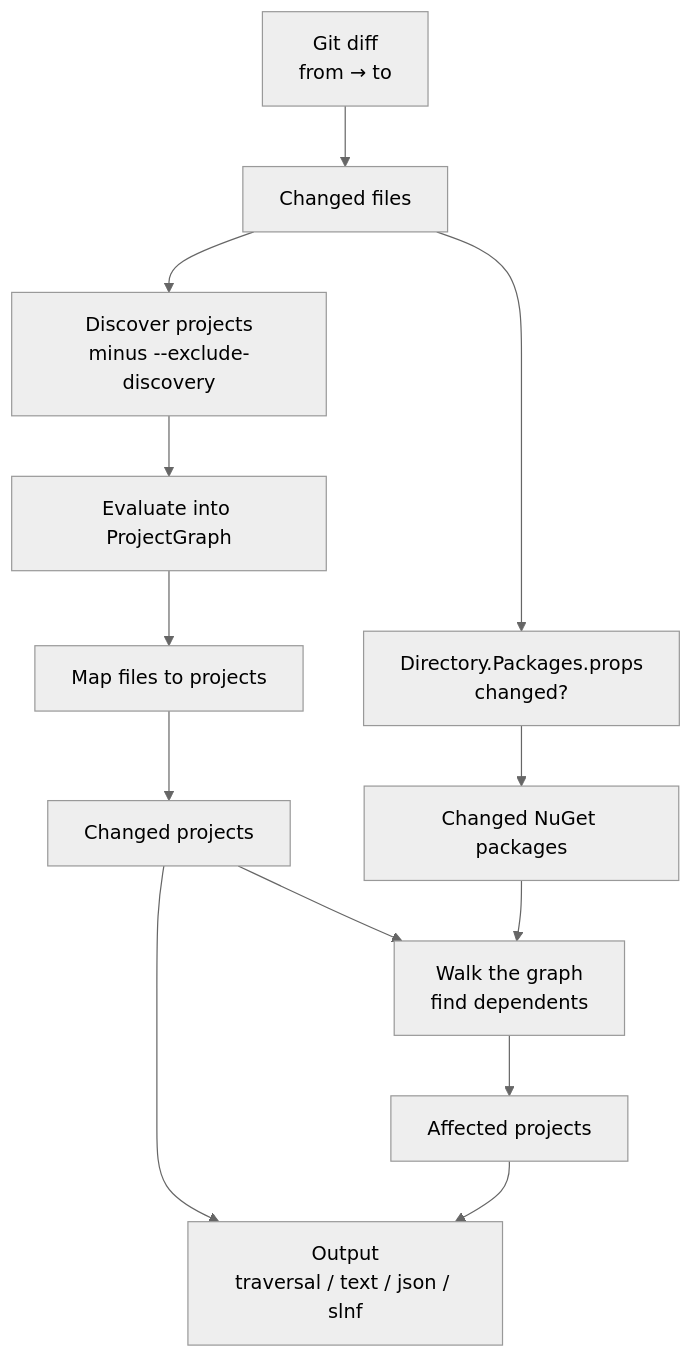
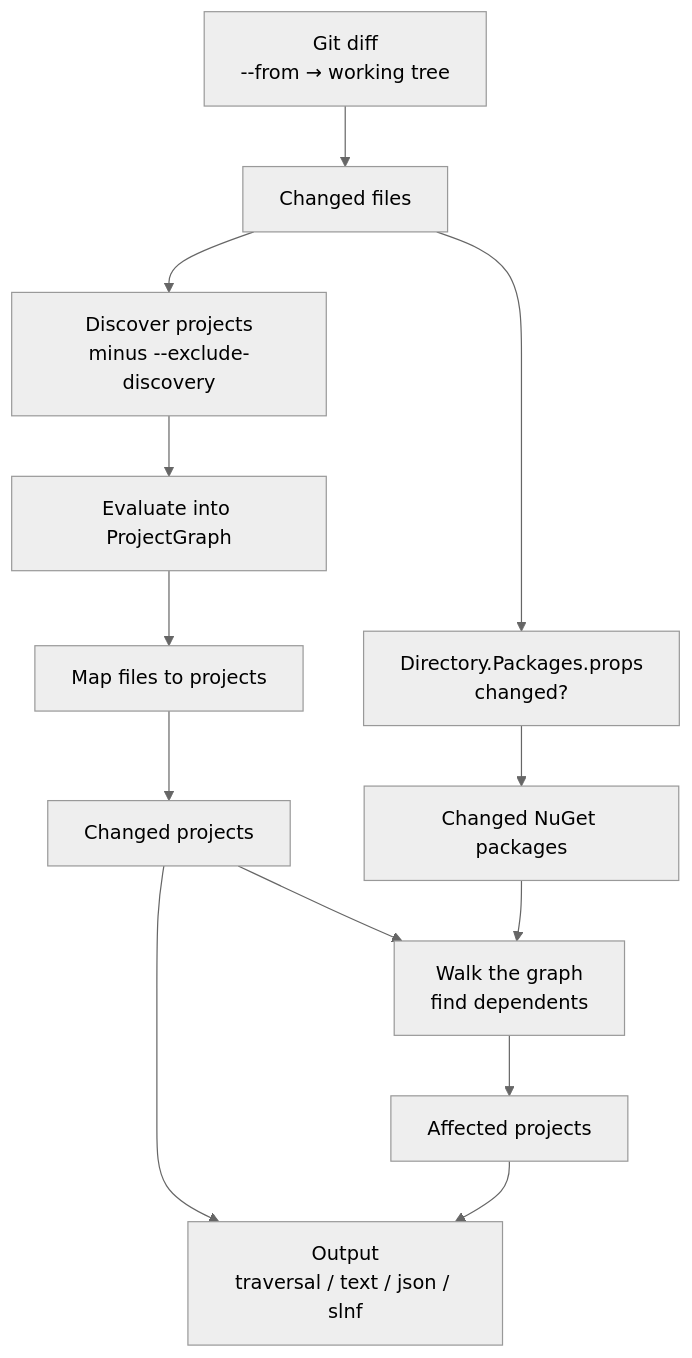
One commit to leonardochaia/dotnet-affected changed the first of 4 diagrams in docs/src/content/docs/getting-started/how-it-works.md. Above: the diagram before and after it, drawn with Mermaid (neutral theme). The commit also changed other lines of this file and 16 other files, not shown here.

````diff
--- a/docs/src/content/docs/getting-started/how-it-works.md
+++ b/docs/src/content/docs/getting-started/how-it-works.md
@@ -10,15 +10,15 @@
 ```mermaid
 flowchart TD
-    A["Git diff<br/>from → to"] --> B["Changed files"]
+    A["Git diff<br/>--from → working tree"] --> B["Changed files"]
     B --> C["Discover projects<br/>minus --exclude-discovery"]
     C --> C2["Evaluate into ProjectGraph"]
     C2 --> D["Map files to projects"]
     D --> E["Changed projects"]
     B --> F["Directory.Packages.props<br/>changed?"]
     F --> G["Changed NuGet packages"]
     E --> H["Walk the graph<br/>find dependents"]
     G --> H
     H --> I["Affected projects"]
     E --> J["Output<br/>traversal / text / json / slnf"]
     I --> J
 ```
````
